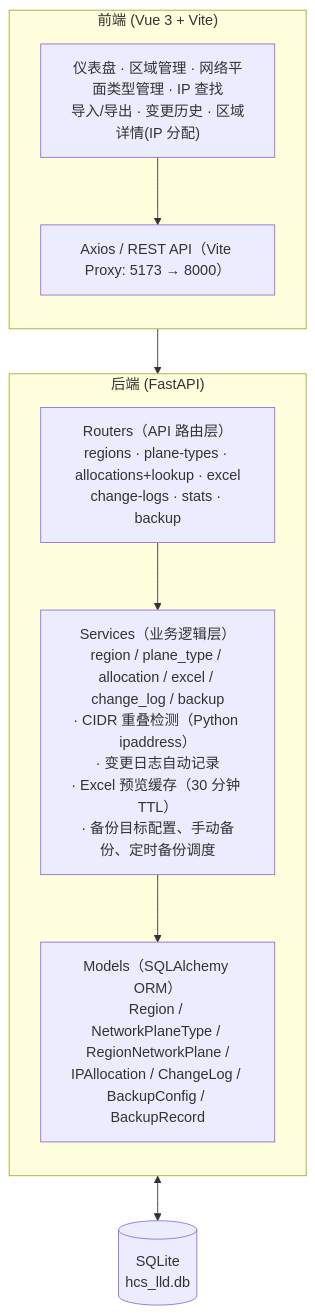
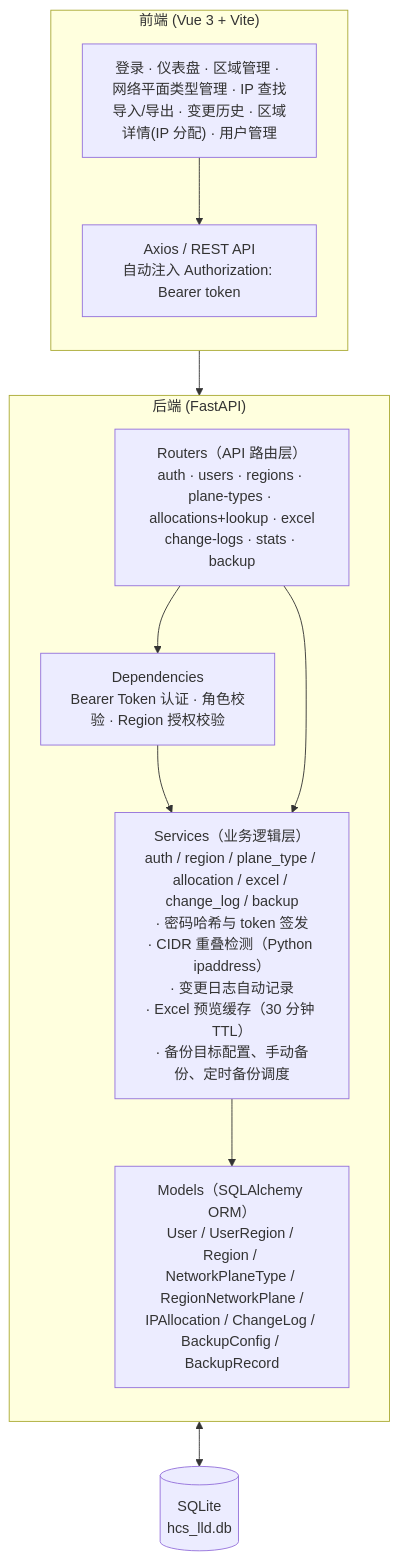
Before and after one commit to zhou-xingxing/hcs-lld-management: the first of 4 diagrams in SYSTEM_DESIGN.md, drawn with Mermaid. The commit also changed other lines of this file and 41 other files, not shown here.

````diff
--- a/SYSTEM_DESIGN.md
+++ b/SYSTEM_DESIGN.md
@@ -48,22 +49,25 @@
 ```mermaid
 graph TB
     subgraph Frontend["前端 (Vue 3 + Vite)"]
         direction TB
-        FE_Pages["仪表盘 · 区域管理 · 网络平面类型管理 · IP 查找<br/>导入/导出 · 变更历史 · 区域详情(IP 分配)"]
-        FE_Axios["Axios / REST API（Vite Proxy: 5173 → 8000）"]
+        FE_Pages["登录 · 仪表盘 · 区域管理 · 网络平面类型管理 · IP 查找<br/>导入/导出 · 变更历史 · 区域详情(IP 分配) · 用户管理"]
+        FE_Axios["Axios / REST API<br/>自动注入 Authorization: Bearer token"]
         FE_Pages --> FE_Axios
     end
 
     subgraph Backend["后端 (FastAPI)"]
         direction TB
-        Routers["Routers（API 路由层）<br/>regions · plane-types · allocations+lookup · excel<br/>change-logs · stats · backup"]
-        Services["Services（业务逻辑层）<br/>region / plane_type / allocation / excel / change_log / backup<br/>· CIDR 重叠检测（Python ipaddress）<br/>· 变更日志自动记录<br/>· Excel 预览缓存（30 分钟 TTL）<br/>· 备份目标配置、手动备份、定时备份调度"]
-        Models["Models（SQLAlchemy ORM）<br/>Region / NetworkPlaneType / RegionNetworkPlane /<br/>IPAllocation / ChangeLog / BackupConfig / BackupRecord"]
+        Routers["Routers（API 路由层）<br/>auth · users · regions · plane-types · allocations+lookup · excel<br/>change-logs · stats · backup"]
+        Deps["Dependencies<br/>Bearer Token 认证 · 角色校验 · Region 授权校验"]
+        Services["Services（业务逻辑层）<br/>auth / region / plane_type / allocation / excel / change_log / backup<br/>· 密码哈希与 token 签发<br/>· CIDR 重叠检测（Python ipaddress）<br/>· 变更日志自动记录<br/>· Excel 预览缓存（30 分钟 TTL）<br/>· 备份目标配置、手动备份、定时备份调度"]
+        Models["Models（SQLAlchemy ORM）<br/>User / UserRegion / Region / NetworkPlaneType / RegionNetworkPlane /<br/>IPAllocation / ChangeLog / BackupConfig / BackupRecord"]
+        Routers --> Deps
+        Deps --> Services
         Routers --> Services --> Models
     end
 
     DB[("SQLite<br/>hcs_lld.db")]
 
     FE_Axios --> Routers
     Models <--> DB
 ```
````
